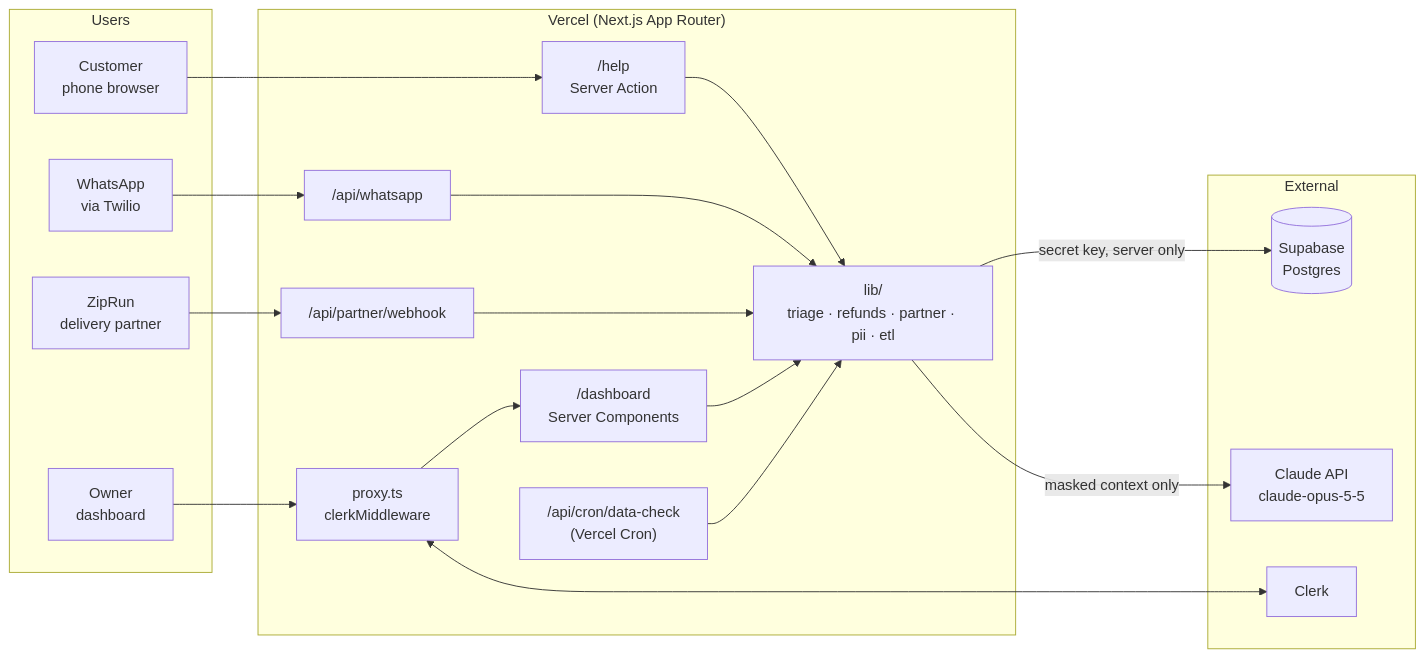
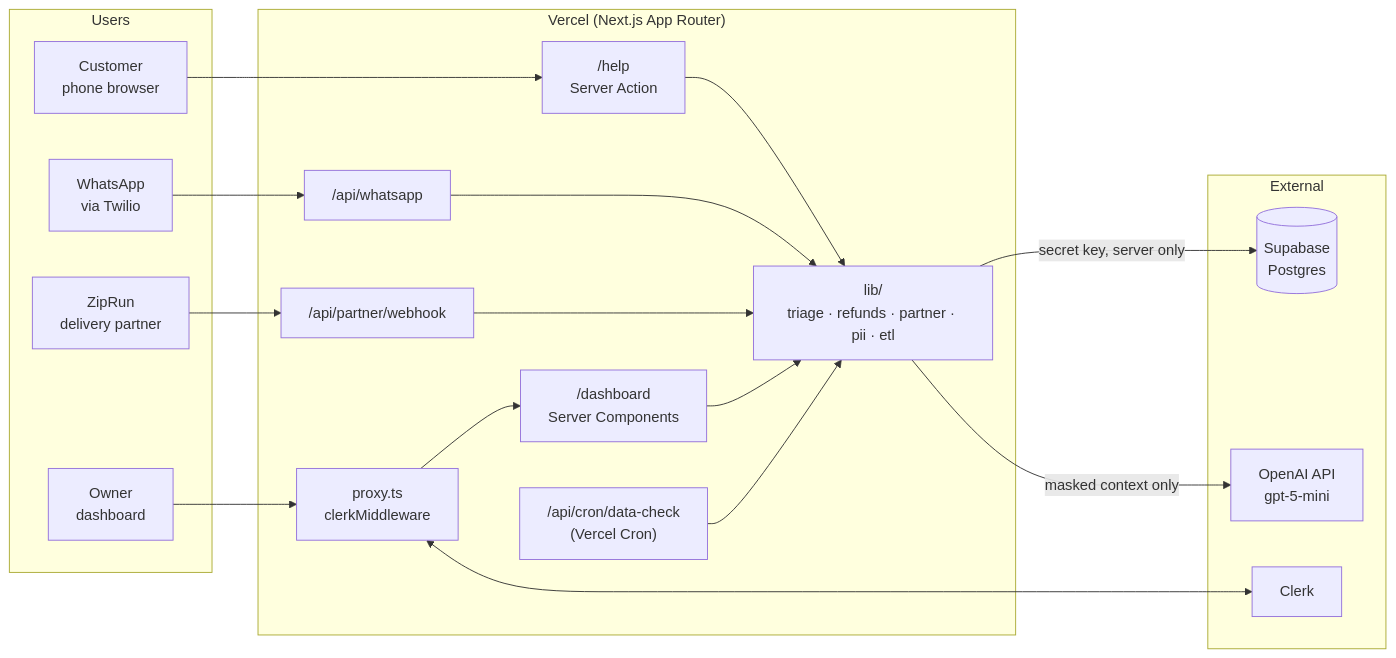
Before and after one commit to jindal-rohit540/dabba-desk-1: the first of 3 diagrams in docs/ARCHITECTURE.md, drawn with Mermaid. The commit also changed other lines of this file and 14 other files, not shown here.

Commit message:
feat: switch triage from Claude API to OpenAI (gpt-5-mini); remove prompt secret hook

````diff
--- a/docs/ARCHITECTURE.md
+++ b/docs/ARCHITECTURE.md
@@ -5,37 +5,37 @@
 ```mermaid
 flowchart LR
   subgraph Users
     C[Customer<br/>phone browser]
     O[Owner<br/>dashboard]
     W[WhatsApp<br/>via Twilio]
     Z[ZipRun<br/>delivery partner]
   end
 
   subgraph Vercel["Vercel (Next.js App Router)"]
     H["/help<br/>Server Action"]
     D["/dashboard<br/>Server Components"]
     P[proxy.ts<br/>clerkMiddleware]
     API1["/api/partner/webhook"]
     API2["/api/whatsapp"]
     CRON["/api/cron/data-check<br/>(Vercel Cron)"]
     LIB["lib/<br/>triage · refunds · partner · pii · etl"]
   end
 
   subgraph External
     SB[(Supabase<br/>Postgres)]
-    AI[Claude API<br/>claude-opus-5-5]
+    AI[OpenAI API<br/>gpt-5-mini]
     CK[Clerk]
   end
 
   C --> H
   O --> P --> D
   W --> API2
   Z --> API1
   H & API2 --> LIB
   API1 --> LIB
   D --> LIB
   CRON --> LIB
   LIB -->|secret key, server only| SB
   LIB -->|masked context only| AI
   P <--> CK
 ```
````
